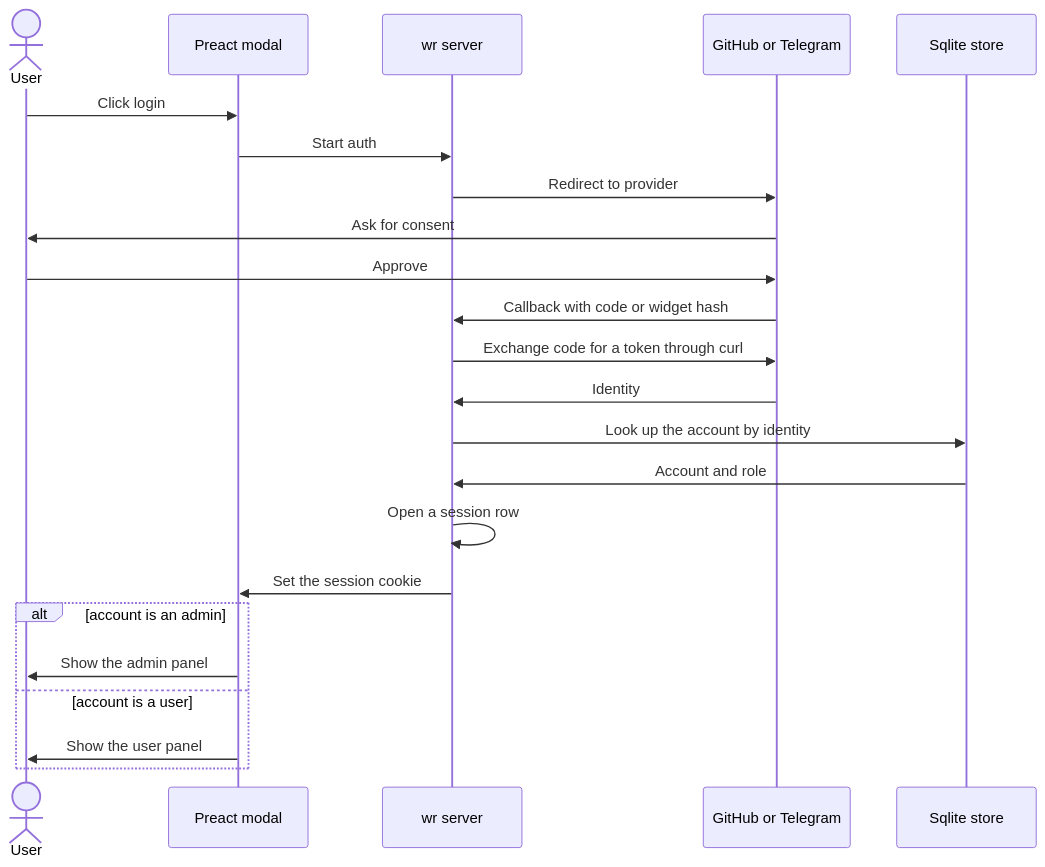
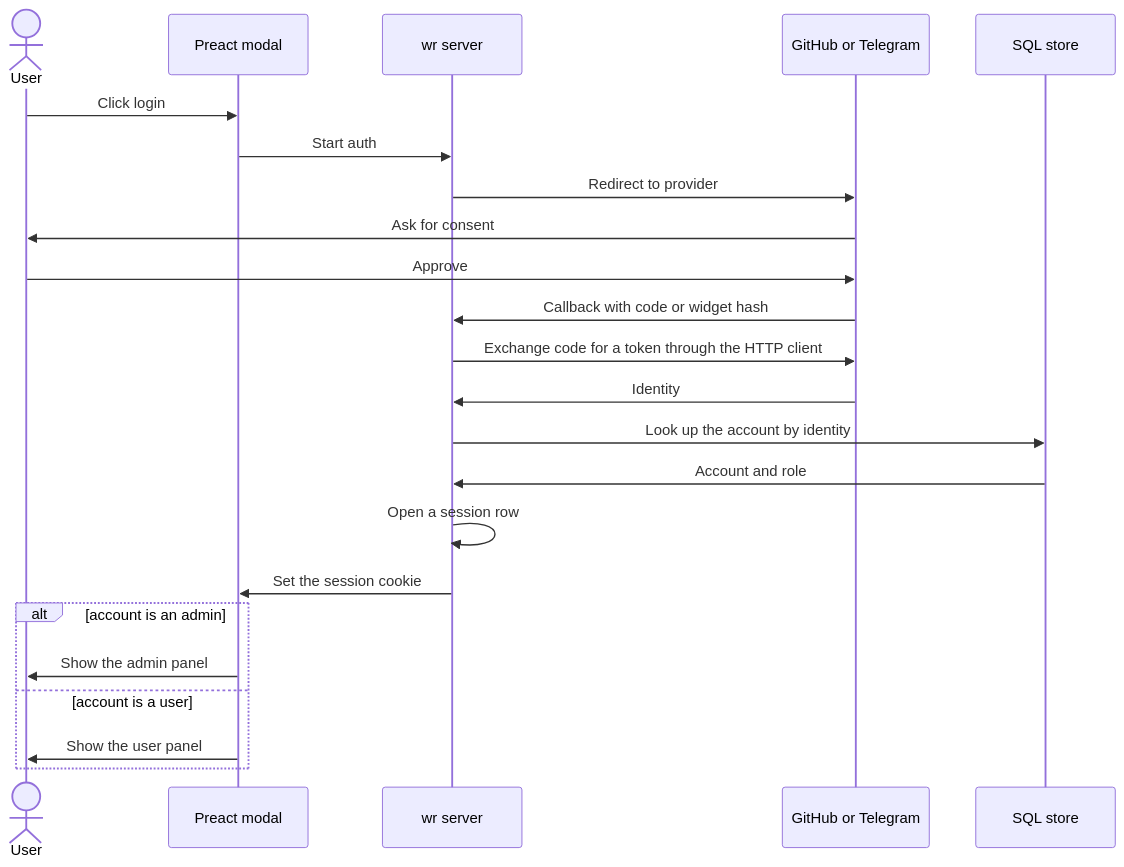
Before and after one commit to b4ck5p4c3/wr: the second of 5 diagrams in ARCH.md, drawn with Mermaid. The commit also changed other lines of this file and 3 other files, not shown here.

````diff
--- a/ARCH.md
+++ b/ARCH.md
@@ -93,26 +61,26 @@
 ```mermaid
 sequenceDiagram
   actor User
   participant SPA as Preact modal
   participant WR as wr server
   participant P as GitHub or Telegram
-  participant DB as Sqlite store
+  participant DB as SQL store
 
   User->>SPA: Click login
   SPA->>WR: Start auth
   WR->>P: Redirect to provider
   P->>User: Ask for consent
   User->>P: Approve
   P->>WR: Callback with code or widget hash
-  WR->>P: Exchange code for a token through curl
+  WR->>P: Exchange code for a token through the HTTP client
   P->>WR: Identity
   WR->>DB: Look up the account by identity
   DB->>WR: Account and role
   WR->>WR: Open a session row
   WR->>SPA: Set the session cookie
   alt account is an admin
     SPA->>User: Show the admin panel
   else account is a user
     SPA->>User: Show the user panel
   end
 ```
````
